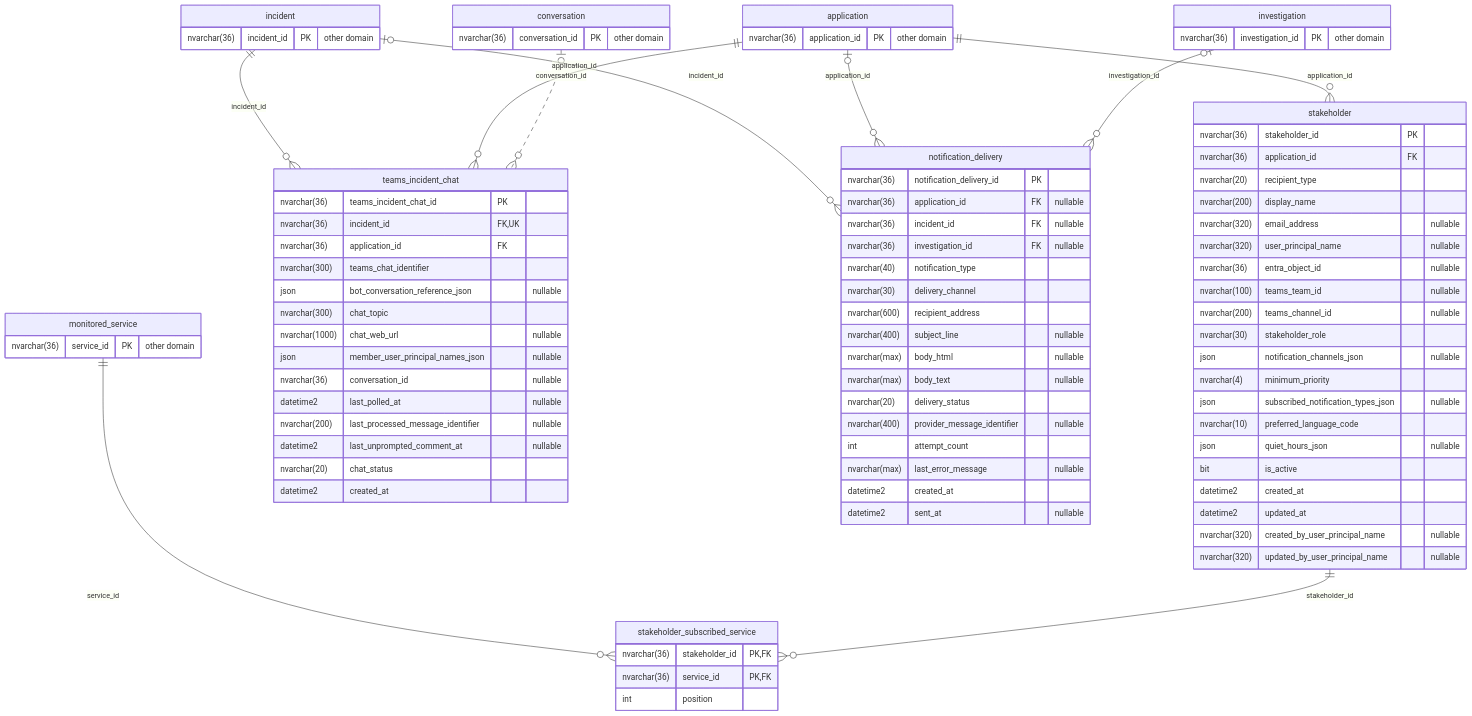
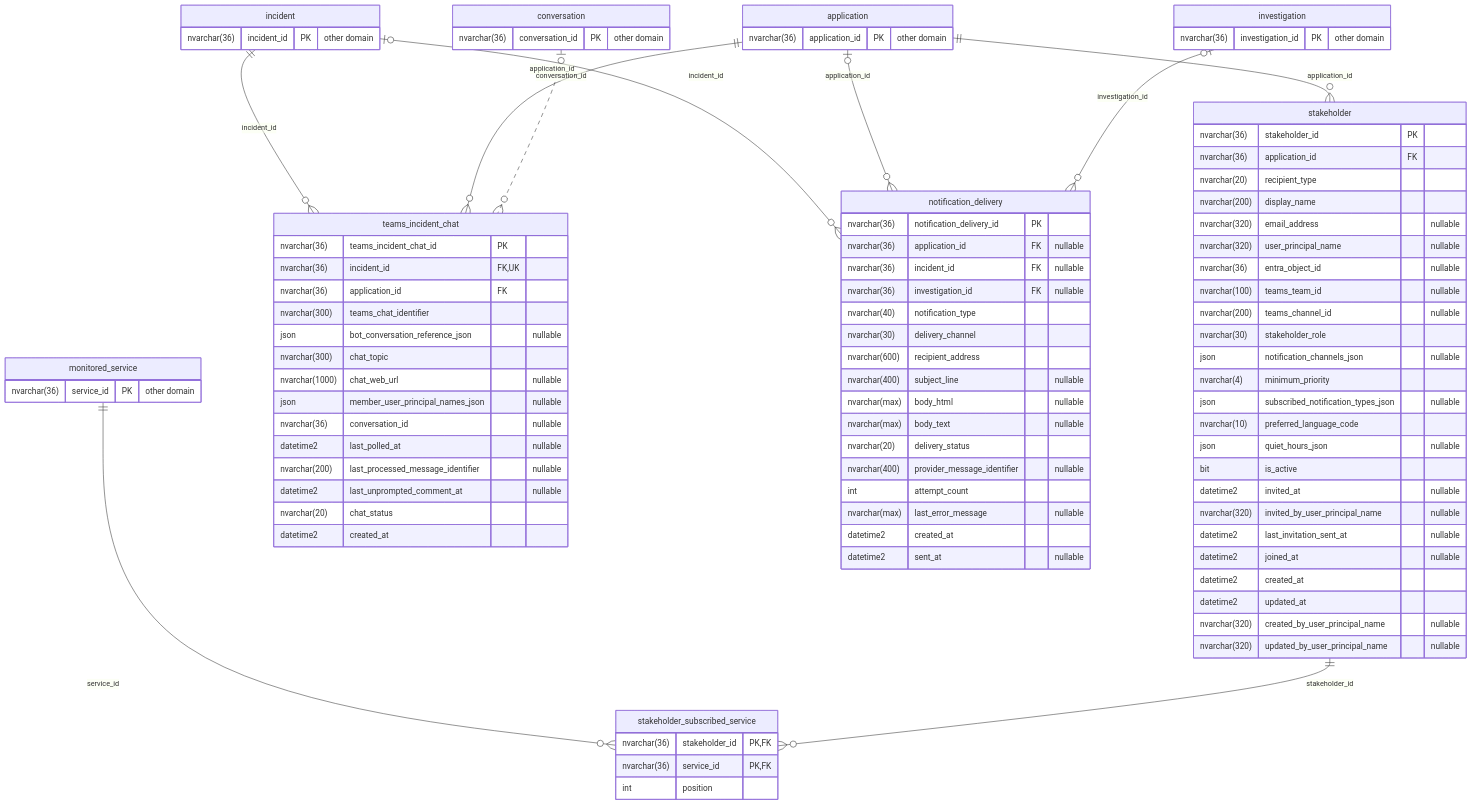
One commit to dilleswar16/Synaptic-Alchemy changed the seventh of 8 diagrams in Keigan/My Plans/15_ENTITY_RELATIONSHIP_DIAGRAM.md. Above: the diagram before and after it, drawn with Mermaid. The commit also changed 10 other files, not shown here.

Commit message:
Docs: team members design, backend gaps closed, API contract, schema, learnings

```diff
--- a/Keigan/My Plans/15_ENTITY_RELATIONSHIP_DIAGRAM.md
+++ b/Keigan/My Plans/15_ENTITY_RELATIONSHIP_DIAGRAM.md
@@ -952,6 +952,10 @@
         nvarchar(10) preferred_language_code
         json quiet_hours_json "nullable"
         bit is_active
+        datetime2 invited_at "nullable"
+        nvarchar(320) invited_by_user_principal_name "nullable"
+        datetime2 last_invitation_sent_at "nullable"
+        datetime2 joined_at "nullable"
         datetime2 created_at
         datetime2 updated_at
         nvarchar(320) created_by_user_principal_name "nullable"
```
